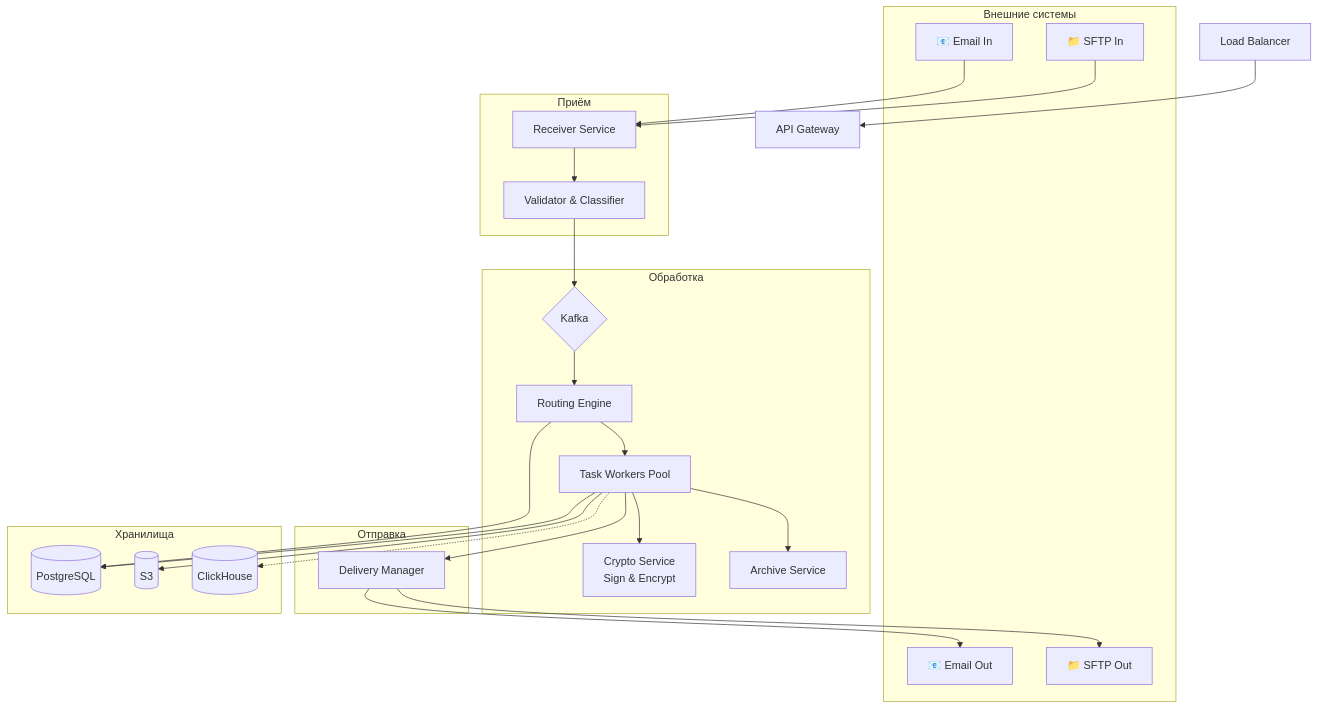
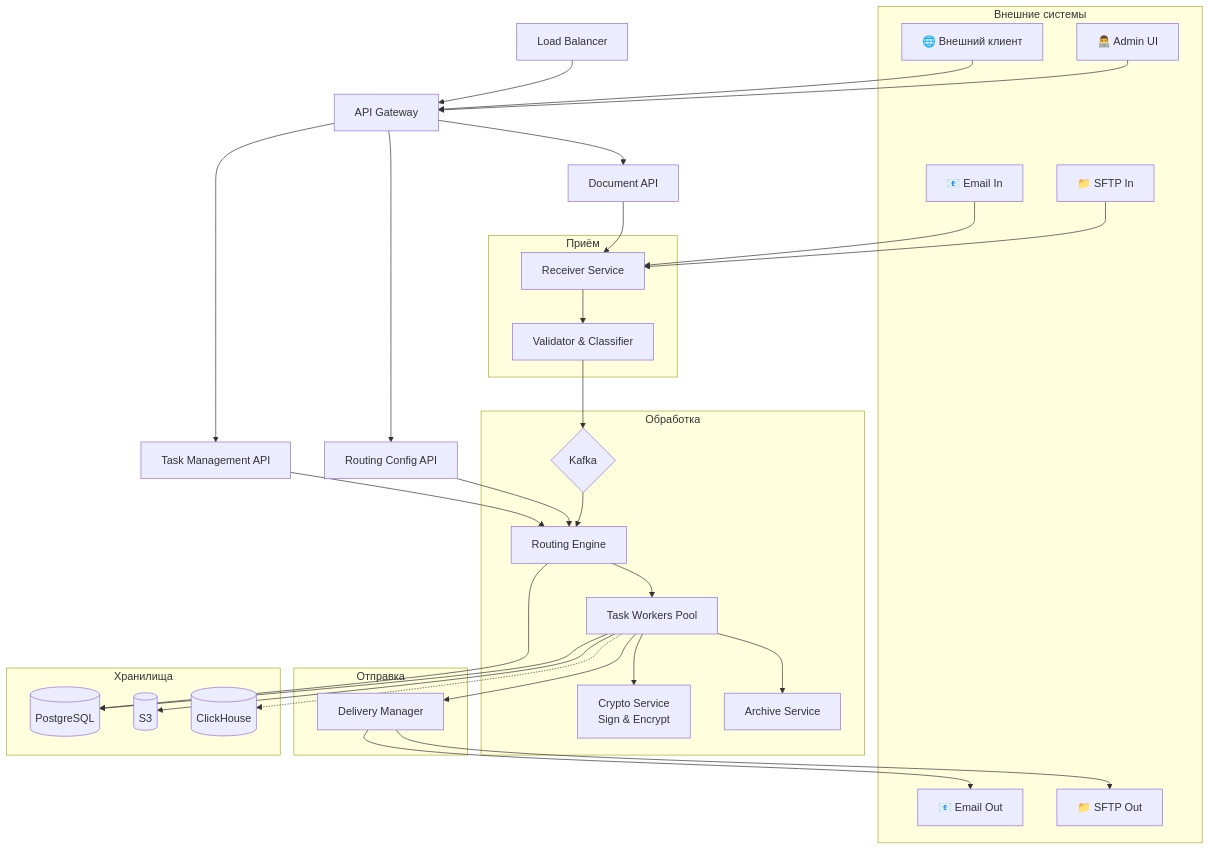
One commit to AlexanderScheqolev/DS_DDF changed the third of 6 diagrams in dev-solution-documents.md. Above: the diagram before and after it, drawn with Mermaid. The commit also changed other lines of this file, not shown here.

````diff
--- a/dev-solution-documents.md
+++ b/dev-solution-documents.md
@@ -340,42 +339,55 @@
 ```mermaid
 graph TB
     subgraph "Внешние системы"
         EmailIn[📧 Email In]
         SFTPIn[📁 SFTP In]
         EmailOut[📧 Email Out]
         SFTPOut[📁 SFTP Out]
+        ClientAPI[🌐 Внешний клиент]
+        AdminUI[👨‍💻 Admin UI]
     end
 
     LB[Load Balancer] --> API[API Gateway]
     
     subgraph "Приём"
         EmailIn --> Receiver[Receiver Service]
         SFTPIn --> Receiver
         Receiver --> Validator[Validator & Classifier]
     end
 
+    %% API Gateway: явные связи с внутренними компонентами
+    ClientAPI --> API
+    AdminUI --> API
+    API --> DocAPI[Document API]
+    API --> TaskAPI[Task Management API]
+    API --> ConfigAPI[Routing Config API]
+    
+    DocAPI --> Receiver
+    TaskAPI --> RouteEngine[Routing Engine]
+    ConfigAPI --> RouteEngine
+
     Validator --> Kafka{Kafka}
     
     subgraph "Обработка"
-        Kafka --> RouteEngine[Routing Engine]
+        Kafka --> RouteEngine
         RouteEngine --> Workers[Task Workers Pool]
         Workers --> Crypto[Crypto Service<br/>Sign & Encrypt]
         Workers --> Archive[Archive Service]
     end
 
     subgraph "Отправка"
         Workers --> Delivery[Delivery Manager]
         Delivery --> EmailOut
         Delivery --> SFTPOut
     end
 
     subgraph "Хранилища"
         DB[(PostgreSQL)]
         Storage[(S3)]
         Analytics[(ClickHouse)]
     end
 
     RouteEngine --> DB
     Workers --> DB & Storage
     Workers -.-> Analytics
 ```
````
